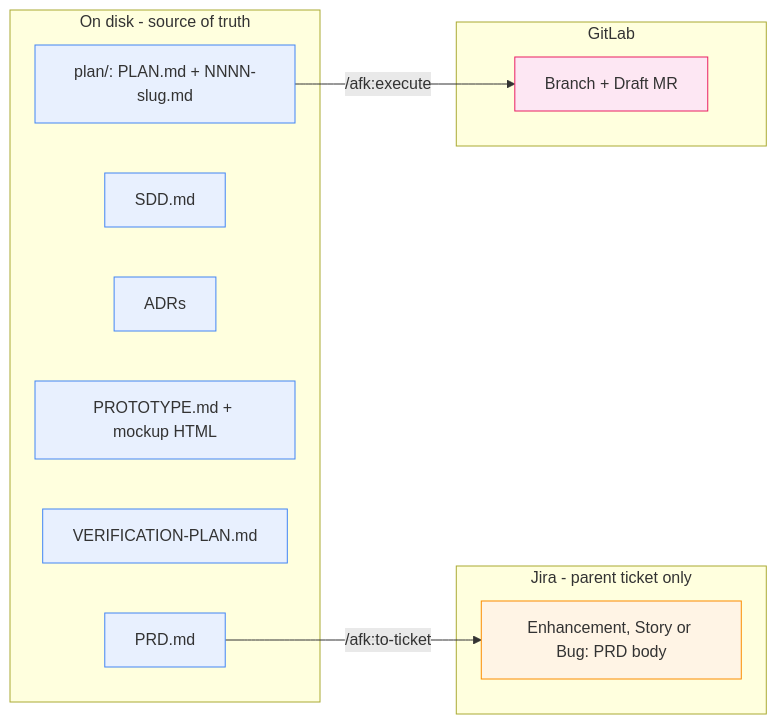
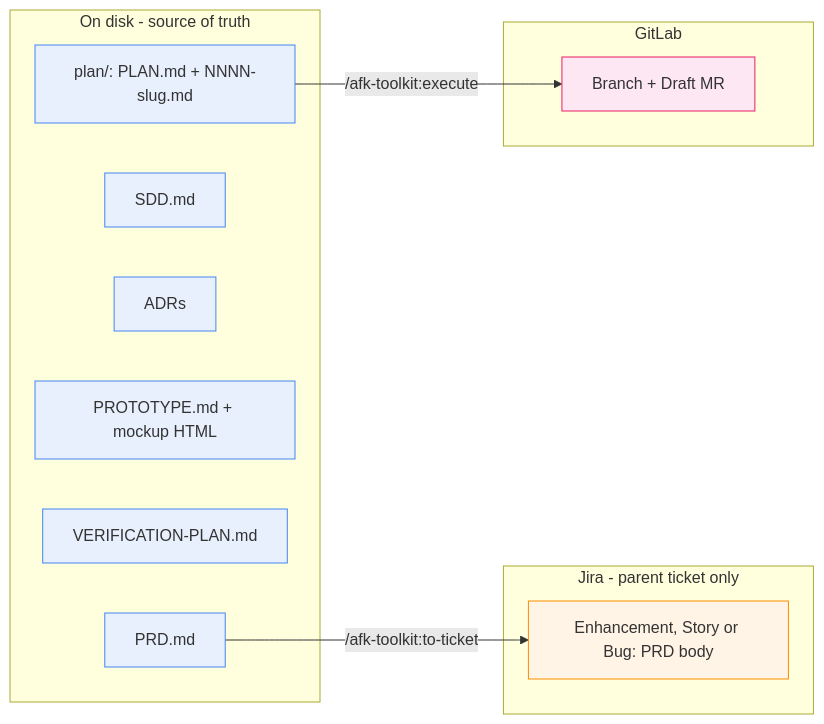
The first of 6 diagrams in README.md (midnightblur/afk-driver), drawn with Mermaid before and after one commit. The commit also changed other lines of this file and 105 other files, not shown here.

First line of the commit message:
afk-toolkit: rename and standalone root

````diff
--- a/README.md
+++ b/README.md
@@ -124,25 +124,25 @@
 ```mermaid
 graph LR
     subgraph disk_store [On disk - source of truth]
         PRD[PRD.md]
         SDD[SDD.md]
         ADR[ADRs]
         PROTO[PROTOTYPE.md + mockup HTML]
         E2E[VERIFICATION-PLAN.md]
         PLAN["plan/: PLAN.md + NNNN-slug.md"]
     end
     subgraph jira_store [Jira - parent ticket only]
         TICKET["Enhancement, Story or Bug: PRD body"]
     end
     subgraph gl_store [GitLab]
         MR[Branch + Draft MR]
     end
-    PRD -->|/afk:to-ticket| TICKET
-    PLAN -->|/afk:execute| MR
+    PRD -->|/afk-toolkit:to-ticket| TICKET
+    PLAN -->|/afk-toolkit:execute| MR
     classDef disk fill:#e8f0fe,stroke:#4285f4;
     classDef jira fill:#fff4e5,stroke:#fb8c00;
     classDef gl fill:#fde7f3,stroke:#e91e63;
     class PRD,SDD,ADR,PROTO,E2E,PLAN disk;
     class TICKET jira;
     class MR gl;
 ```
````
